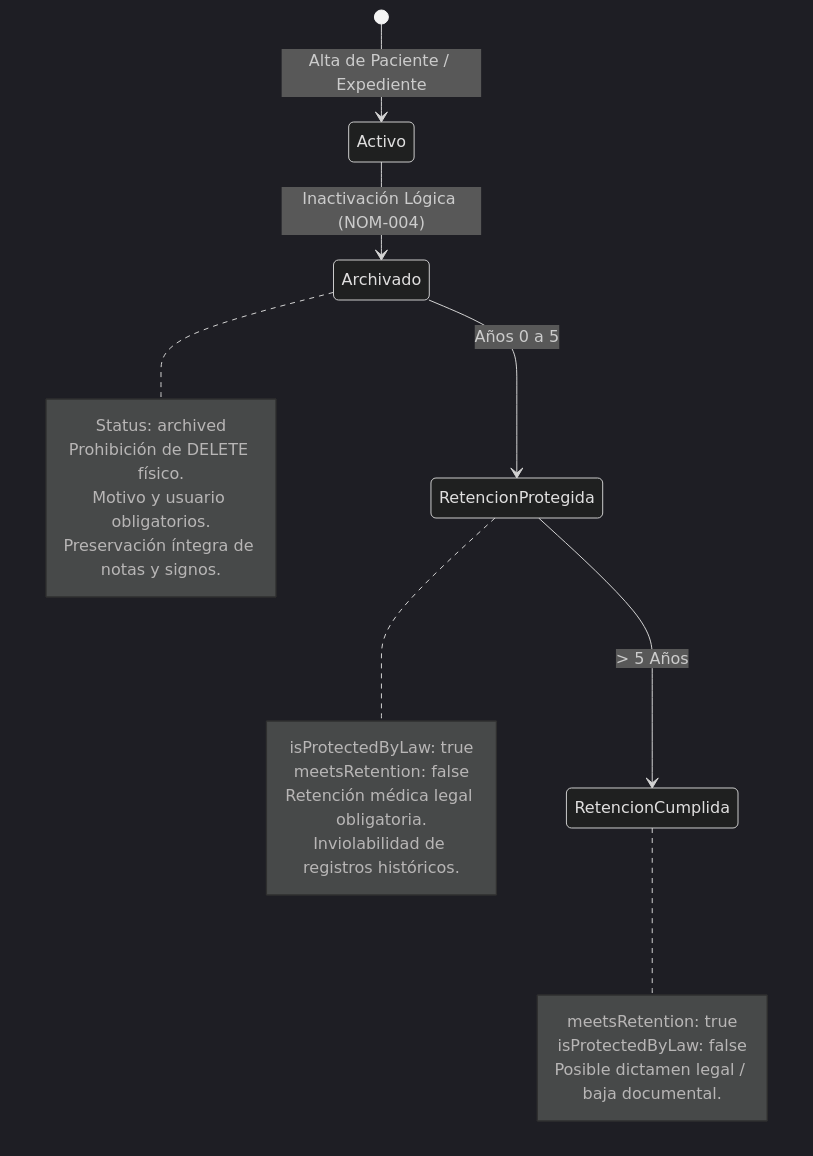
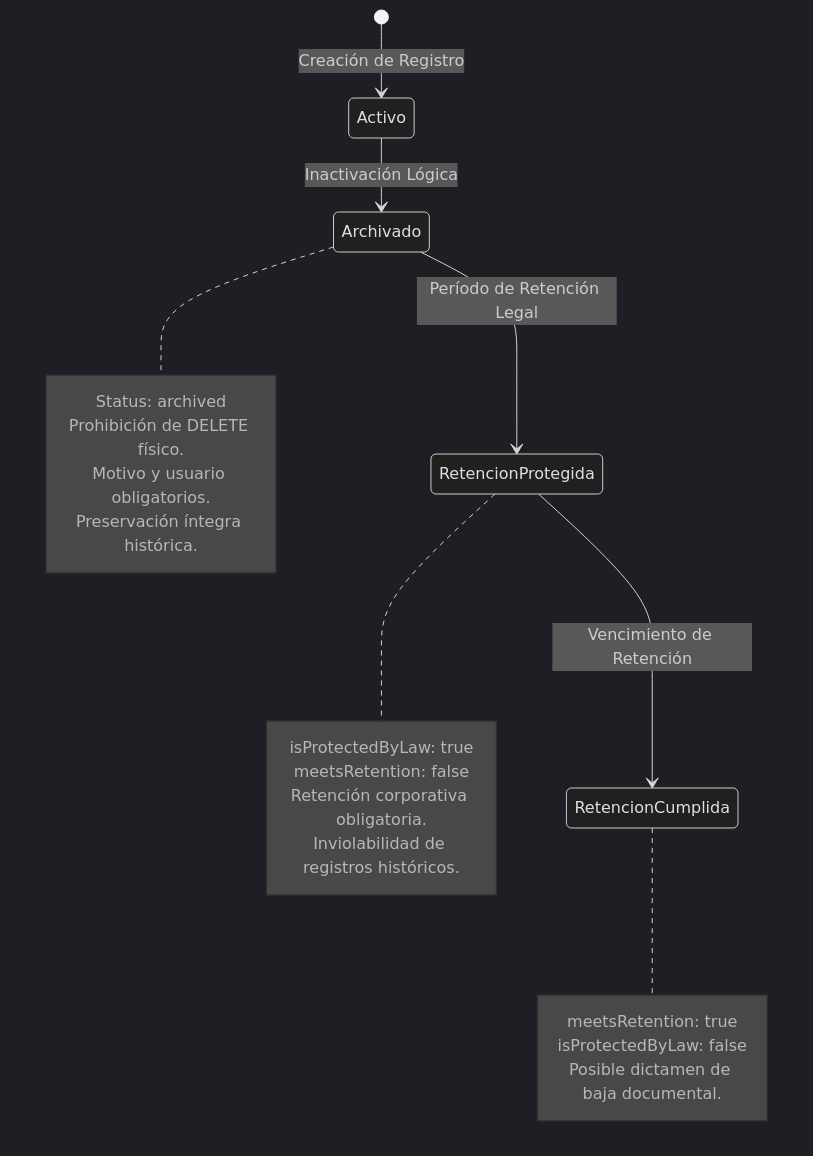
The fourth of 7 diagrams in docs/architecture/starter-architecture-guide.md (miguelms/GoldenStarterCodex), drawn with Mermaid (dark theme) before and after one commit. The commit also changed other lines of this file and 43 other files, not shown here.

````diff
--- a/docs/architecture/starter-architecture-guide.md
+++ b/docs/architecture/starter-architecture-guide.md
@@ -216,24 +213,24 @@
 ```mermaid
 stateDiagram-v2
-    [*] --> Activo: Alta de Paciente / Expediente
-    Activo --> Archivado: Inactivación Lógica (NOM-004)
+    [*] --> Activo: Creación de Registro
+    Activo --> Archivado: Inactivación Lógica
     note right of Archivado
       Status: archived
       Prohibición de DELETE físico.
       Motivo y usuario obligatorios.
-      Preservación íntegra de notas y signos.
+      Preservación íntegra histórica.
     end note
-    Archivado --> RetencionProtegida: Años 0 a 5
+    Archivado --> RetencionProtegida: Período de Retención Legal
     note right of RetencionProtegida
       isProtectedByLaw: true
       meetsRetention: false
-      Retención médica legal obligatoria.
+      Retención corporativa obligatoria.
       Inviolabilidad de registros históricos.
     end note
-    RetencionProtegida --> RetencionCumplida: > 5 Años
+    RetencionProtegida --> RetencionCumplida: Vencimiento de Retención
     note right of RetencionCumplida
       meetsRetention: true
       isProtectedByLaw: false
-      Posible dictamen legal / baja documental.
+      Posible dictamen de baja documental.
     end note
 ```
````
